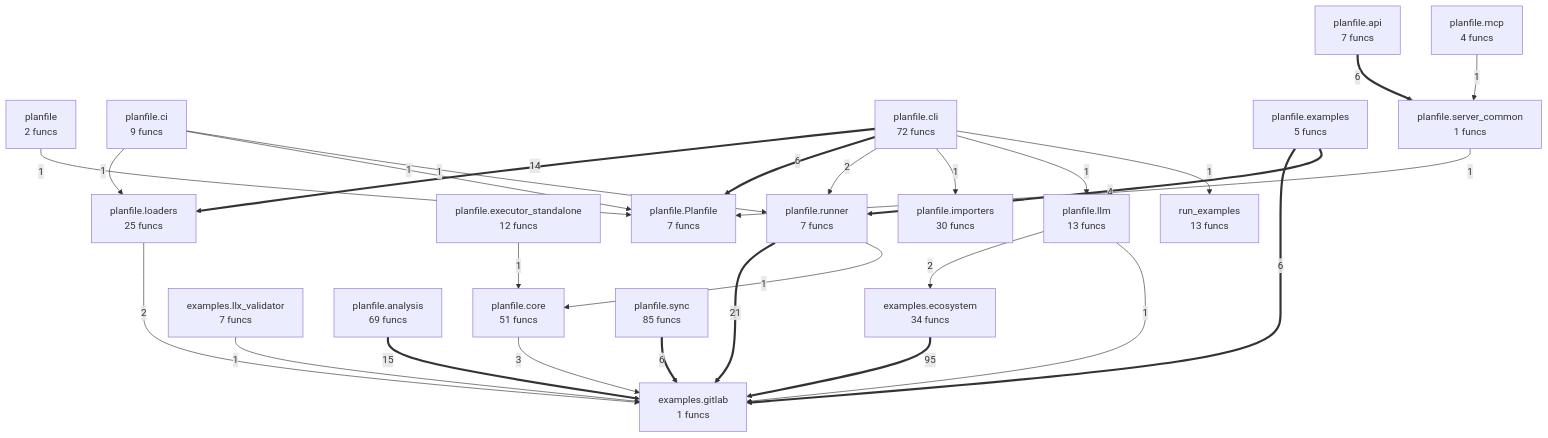
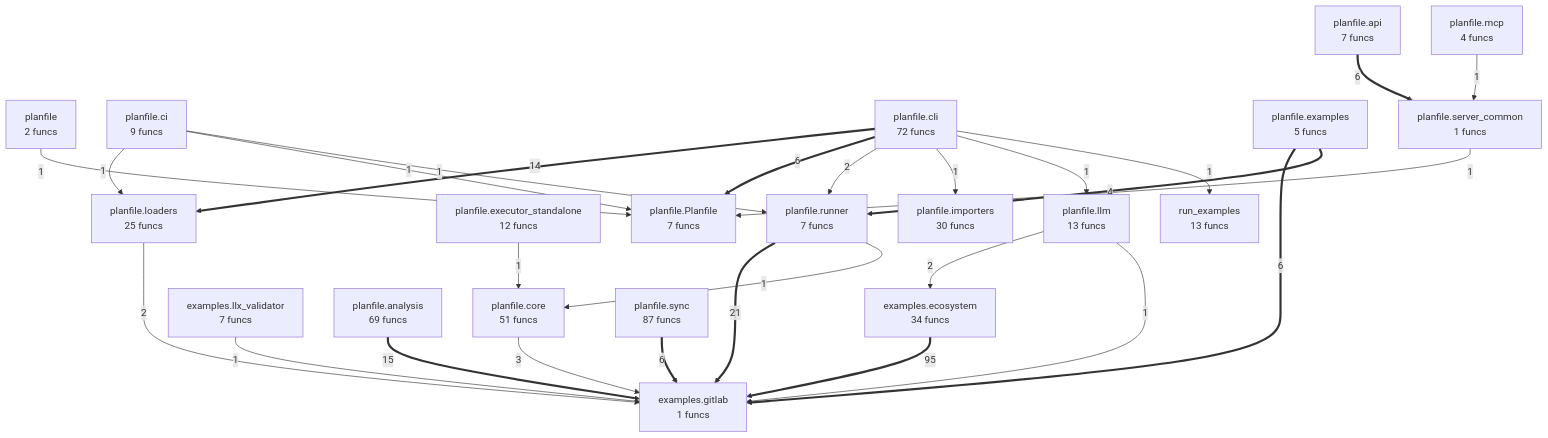
Before and after one commit to semcod/planfile: the diagram in project/compact_flow.mmd, drawn with Mermaid. The commit also changed 25 other files, not shown here.

```diff
--- a/project/compact_flow.mmd
+++ b/project/compact_flow.mmd
@@ -1,47 +1,47 @@
 flowchart TD
     examples__ecosystem["examples.ecosystem<br/>34 funcs"]
     examples__gitlab["examples.gitlab<br/>1 funcs"]
     examples__llx_validator["examples.llx_validator<br/>7 funcs"]
     planfile["planfile<br/>2 funcs"]
     planfile__Planfile["planfile.Planfile<br/>7 funcs"]
     planfile__analysis["planfile.analysis<br/>69 funcs"]
     planfile__api["planfile.api<br/>7 funcs"]
     planfile__ci["planfile.ci<br/>9 funcs"]
     planfile__cli["planfile.cli<br/>72 funcs"]
     planfile__core["planfile.core<br/>51 funcs"]
     planfile__examples["planfile.examples<br/>5 funcs"]
     planfile__executor_standalone["planfile.executor_standalone<br/>12 funcs"]
     planfile__importers["planfile.importers<br/>30 funcs"]
     planfile__llm["planfile.llm<br/>13 funcs"]
     planfile__loaders["planfile.loaders<br/>25 funcs"]
     planfile__mcp["planfile.mcp<br/>4 funcs"]
     planfile__runner["planfile.runner<br/>7 funcs"]
     planfile__server_common["planfile.server_common<br/>1 funcs"]
-    planfile__sync["planfile.sync<br/>85 funcs"]
+    planfile__sync["planfile.sync<br/>87 funcs"]
     run_examples["run_examples<br/>13 funcs"]
     examples__ecosystem ==>|95| examples__gitlab
     planfile__runner ==>|21| examples__gitlab
     planfile__analysis ==>|15| examples__gitlab
     planfile__cli ==>|14| planfile__loaders
     planfile__examples ==>|6| examples__gitlab
     planfile__sync ==>|6| examples__gitlab
     planfile__api ==>|6| planfile__server_common
     planfile__cli ==>|6| planfile__Planfile
     planfile__examples ==>|4| planfile__runner
     planfile__core -->|3| examples__gitlab
     planfile__loaders -->|2| examples__gitlab
+    planfile__llm -->|2| examples__ecosystem
     planfile__cli -->|2| planfile__runner
-    planfile__llm -->|2| examples__ecosystem
     planfile__server_common -->|1| planfile__Planfile
+    planfile -->|1| planfile__Planfile
     examples__llx_validator -->|1| examples__gitlab
-    planfile -->|1| planfile__Planfile
     planfile__runner -->|1| planfile__core
     planfile__executor_standalone -->|1| planfile__core
     planfile__ci -->|1| planfile__loaders
     planfile__ci -->|1| planfile__Planfile
     planfile__ci -->|1| planfile__runner
+    planfile__llm -->|1| examples__gitlab
     planfile__mcp -->|1| planfile__server_common
     planfile__cli -->|1| planfile__importers
-    planfile__llm -->|1| examples__gitlab
     planfile__cli -->|1| planfile__llm
     planfile__cli -->|1| run_examples
```
